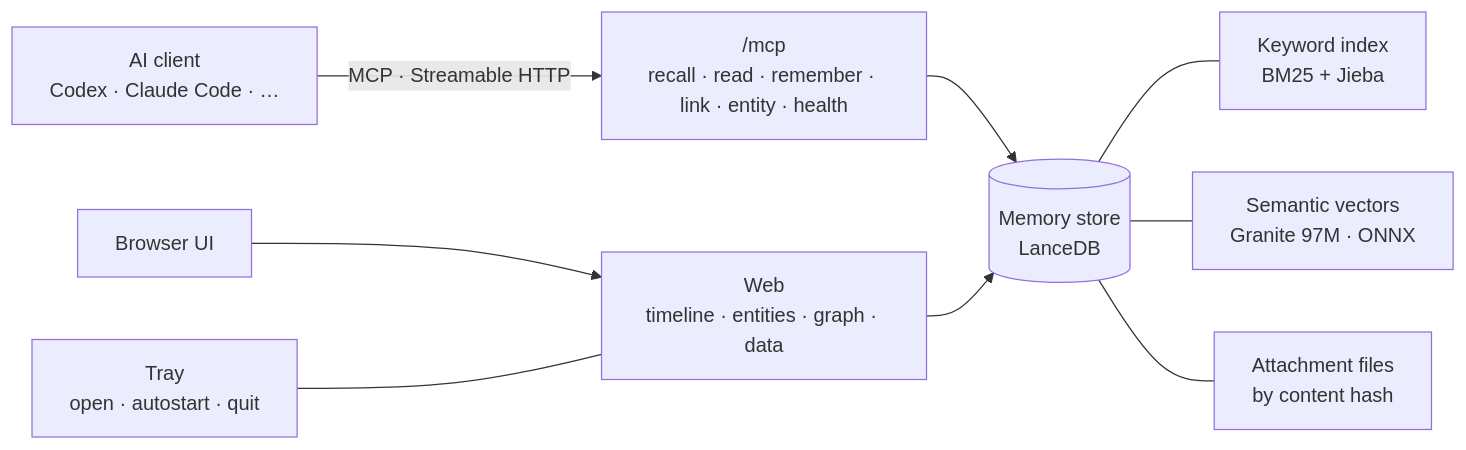
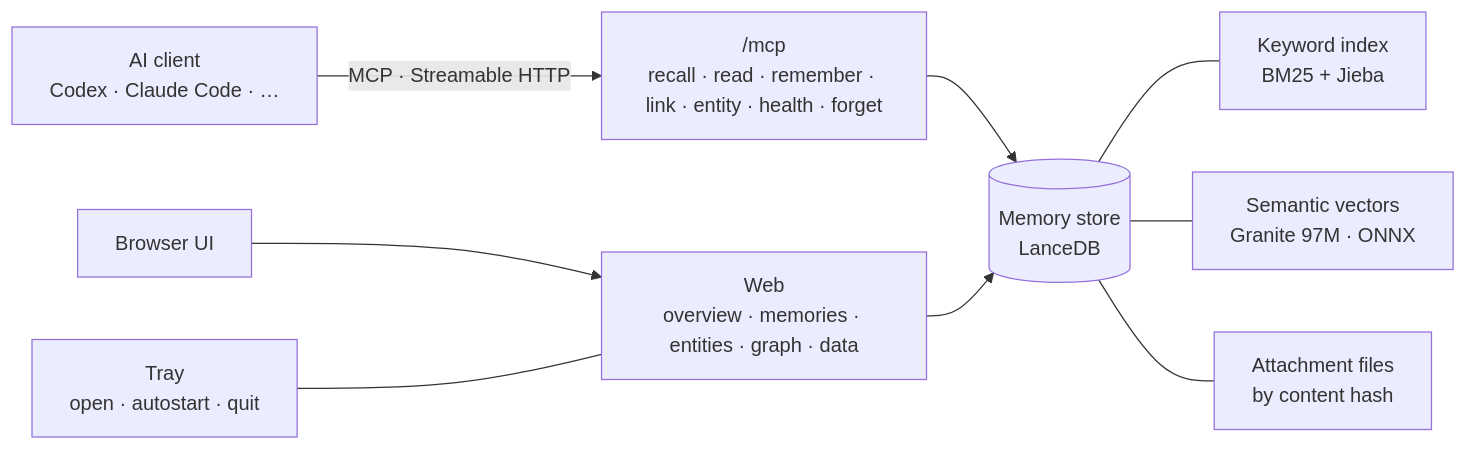
One commit to danchar12138/recallport changed the diagram in README.en.md. Above: the diagram before and after it, drawn with Mermaid. The commit also changed other lines of this file and 63 other files, not shown here.

First line of the commit message:
feat: 关系图整页画板，地图改「桥」设计，新增时间泳道视图，浮窗与提示卡改用 Preact

````diff
--- a/README.en.md
+++ b/README.en.md
@@ -156,11 +177,11 @@
 ```mermaid
 flowchart LR
-  C["AI client<br/>Codex · Claude Code · …"] -- "MCP · Streamable HTTP" --> M["/mcp<br/>recall · read · remember · link · entity · health"]
-  B["Browser UI"] --> W["Web<br/>timeline · entities · graph · data"]
+  C["AI client<br/>Codex · Claude Code · …"] -- "MCP · Streamable HTTP" --> M["/mcp<br/>recall · read · remember · link · entity · health · forget"]
+  B["Browser UI"] --> W["Web<br/>overview · memories · entities · graph · data"]
   T["Tray<br/>open · autostart · quit"] --- W
   M --> S[("Memory store<br/>LanceDB")]
   W --> S
   S --- K["Keyword index<br/>BM25 + Jieba"]
   S --- V["Semantic vectors<br/>Granite 97M · ONNX"]
   S --- F["Attachment files<br/>by content hash"]
 ```
````
